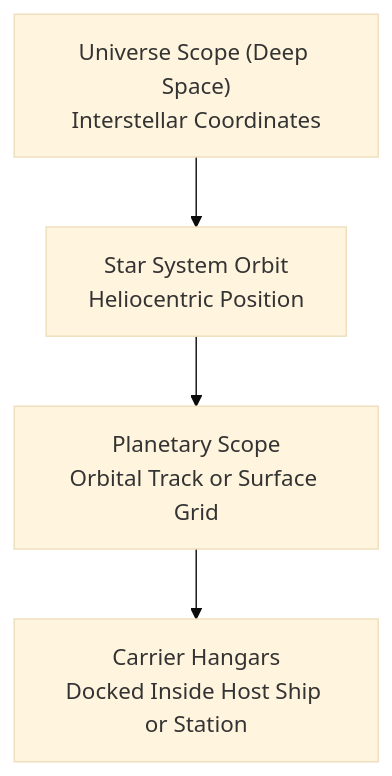
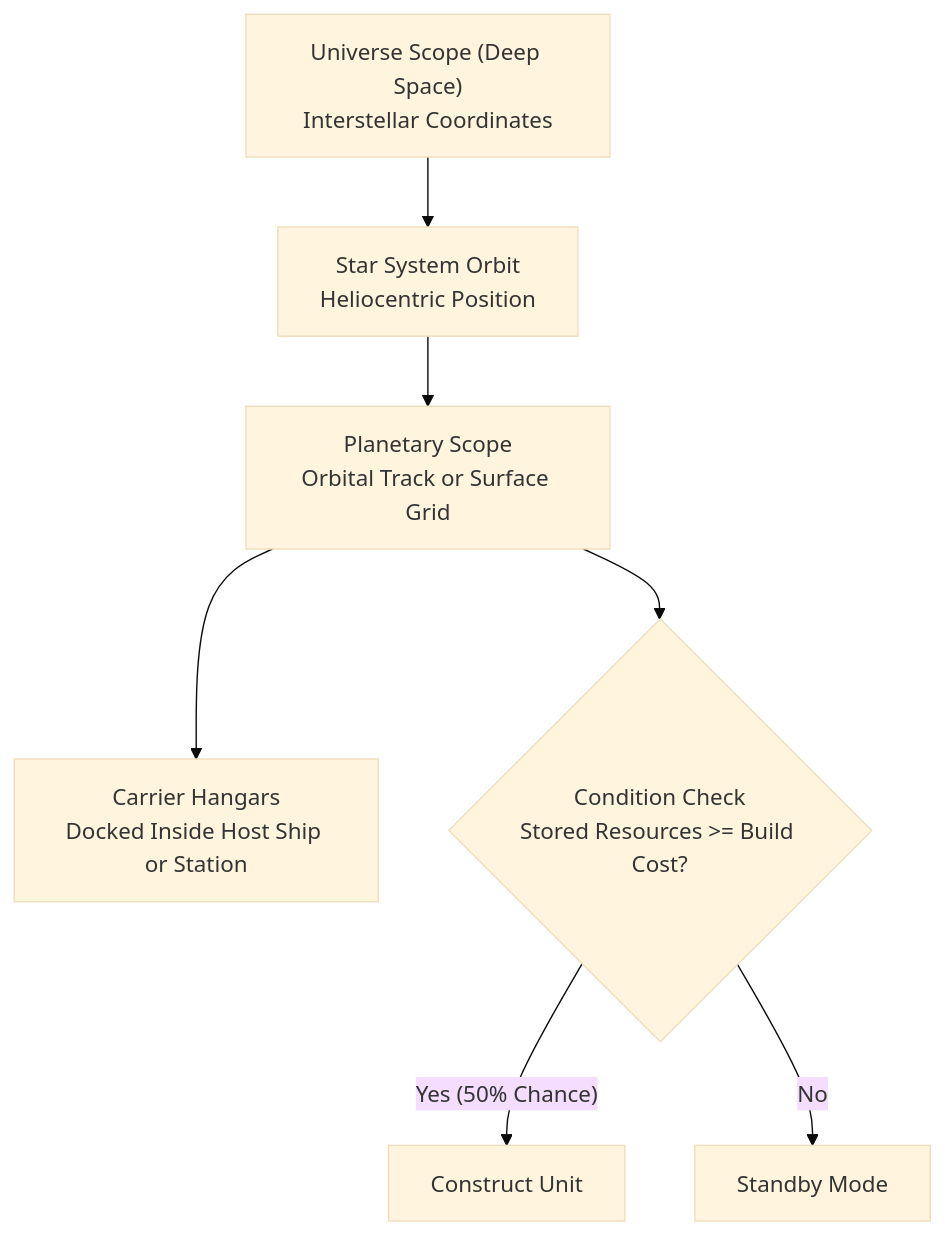
One commit to kaladron/galactic-bloodshed changed the diagram in .github/skills/domain-documentation/SKILL.md. Above: the diagram before and after it, drawn with Mermaid (base theme). The commit also changed other lines of this file and 9 other files, not shown here.

First line of the commit message:
docs: format inline math in lists, quote mermaid edge labels, and update skill

````diff
--- a/.github/skills/domain-documentation/SKILL.md
+++ b/.github/skills/domain-documentation/SKILL.md
@@ -42,6 +59,9 @@
 ```mermaid
 flowchart TD
     Univ["Universe Scope (Deep Space)\nInterstellar Coordinates"] --> Star["Star System Orbit\nHeliocentric Position"]
     Star --> Plan["Planetary Scope\nOrbital Track or Surface Grid"]
     Plan --> Carrier["Carrier Hangars\nDocked Inside Host Ship or Station"]
+    Plan --> Check{"Condition Check\nStored Resources >= Build Cost?"}
+    Check -->|"Yes (50% Chance)"| Build["Construct Unit"]
+    Check -->|No| Standby["Standby Mode"]
 ```
````
